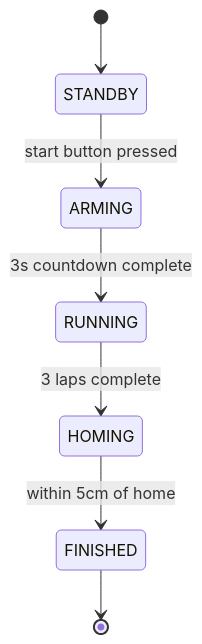
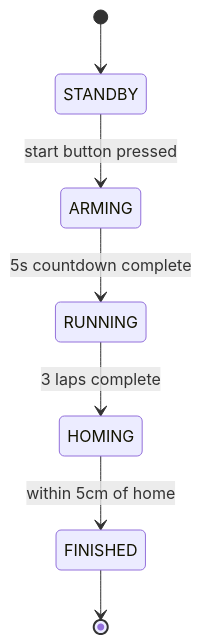
One commit to muztahiddurjoy/gorur_gari_2026 changed the second of 4 diagrams in README.md. Above: the diagram before and after it, drawn with Mermaid. The commit also changed other lines of this file and 3 other files, not shown here.

````diff
--- a/README.md
+++ b/README.md
@@ -269,9 +269,9 @@
 ```mermaid
 stateDiagram-v2
     [*] --> STANDBY
     STANDBY --> ARMING: start button pressed
-    ARMING --> RUNNING: 3s countdown complete
+    ARMING --> RUNNING: 5s countdown complete
     RUNNING --> HOMING: 3 laps complete
     HOMING --> FINISHED: within 5cm of home
     FINISHED --> [*]
 ```
````
